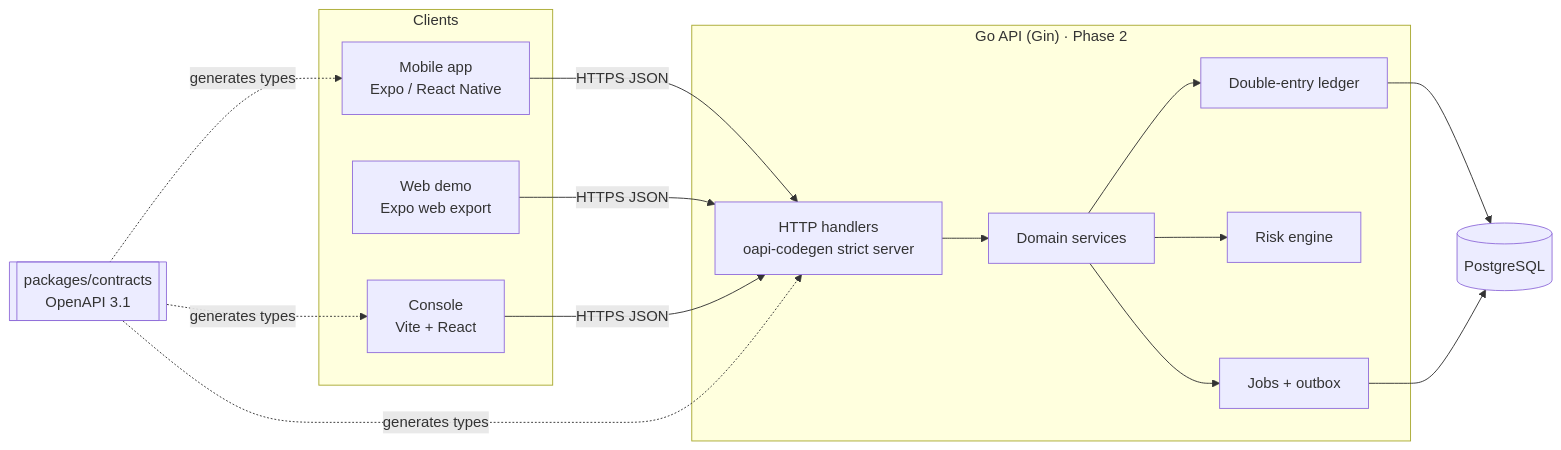
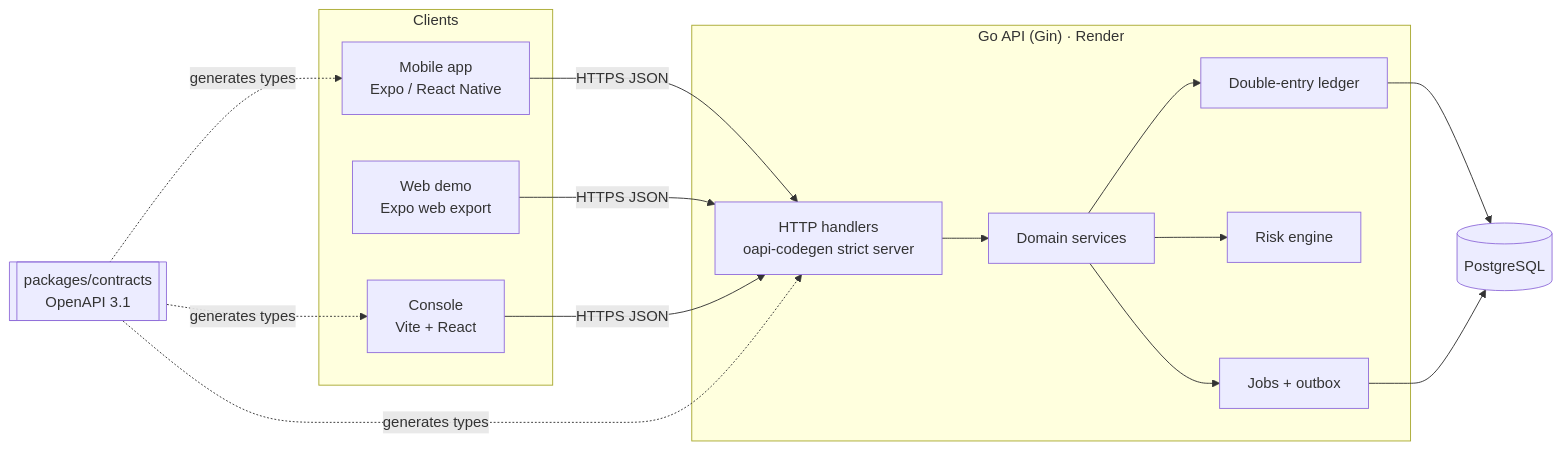
Before and after one commit to onielsteve2003/nem-bank: the diagram in README.md, drawn with Mermaid. The commit also changed other lines of this file and 3 other files, not shown here.

First line of the commit message:
docs: case study, architecture diagrams, ADRs; README brought up to date with the live API

````diff
--- a/README.md
+++ b/README.md
@@ -54,22 +55,22 @@
 ```mermaid
 flowchart LR
   subgraph Clients
     M[Mobile app<br/>Expo / React Native]
     W[Web demo<br/>Expo web export]
     C[Console<br/>Vite + React]
   end
-  subgraph API["Go API (Gin) · Phase 2"]
+  subgraph API["Go API (Gin) · Render"]
     H[HTTP handlers<br/>oapi-codegen strict server]
     S[Domain services]
     L[Double-entry ledger]
     R[Risk engine]
     J[Jobs + outbox]
   end
   DB[(PostgreSQL)]
   K[[packages/contracts<br/>OpenAPI 3.1]]
   M & W & C -->|HTTPS JSON| H
   H --> S --> L --> DB
   S --> R
   S --> J --> DB
   K -. generates types .-> M & C & H
 ```
````
